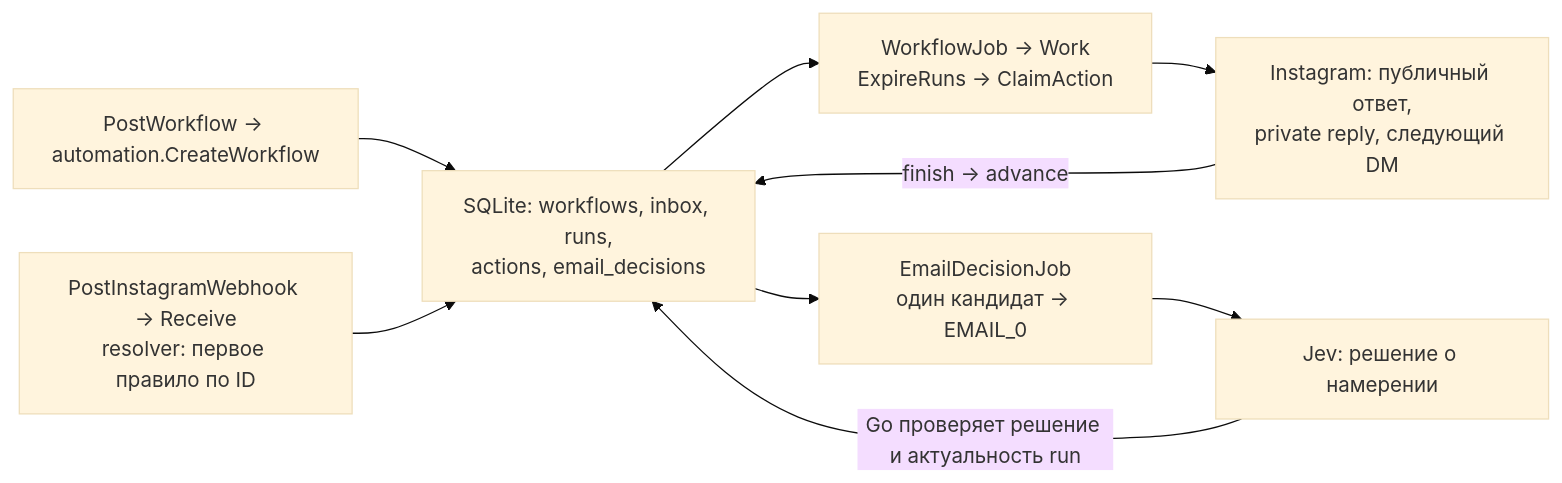
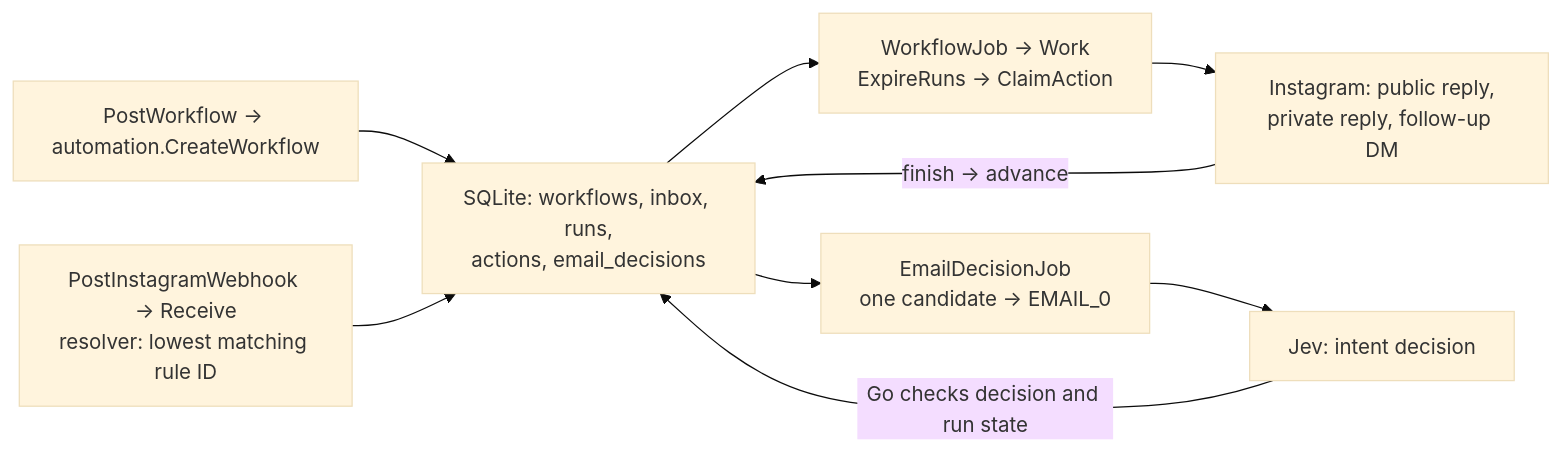
The first of 4 diagrams in docs/tasks/2026-1028-plan-start.md (doxanocap/blotato), drawn with Mermaid (base theme) before and after one commit. The commit also changed other lines of this file and 12 other files, not shown here.

````diff
--- a/docs/tasks/2026-1028-plan-start.md
+++ b/docs/tasks/2026-1028-plan-start.md
@@ -164,11 +108,11 @@
 ```mermaid
 flowchart LR
     A["PostWorkflow → automation.CreateWorkflow"] --> D["SQLite: workflows, inbox, runs,<br/>actions, email_decisions"]
-    H["PostInstagramWebhook → Receive<br/>resolver: первое правило по ID"] --> D
+    H["PostInstagramWebhook → Receive<br/>resolver: lowest matching rule ID"] --> D
     D --> W["WorkflowJob → Work<br/>ExpireRuns → ClaimAction"]
-    W --> P["Instagram: публичный ответ,<br/>private reply, следующий DM"]
+    W --> P["Instagram: public reply,<br/>private reply, follow-up DM"]
     P -->|"finish → advance"| D
-    D --> E["EmailDecisionJob<br/>один кандидат → EMAIL_0"]
-    E --> J["Jev: решение о намерении"]
-    J -->|"Go проверяет решение и актуальность run"| D
+    D --> E["EmailDecisionJob<br/>one candidate → EMAIL_0"]
+    E --> J["Jev: intent decision"]
+    J -->|"Go checks decision and run state"| D
 ```
````
